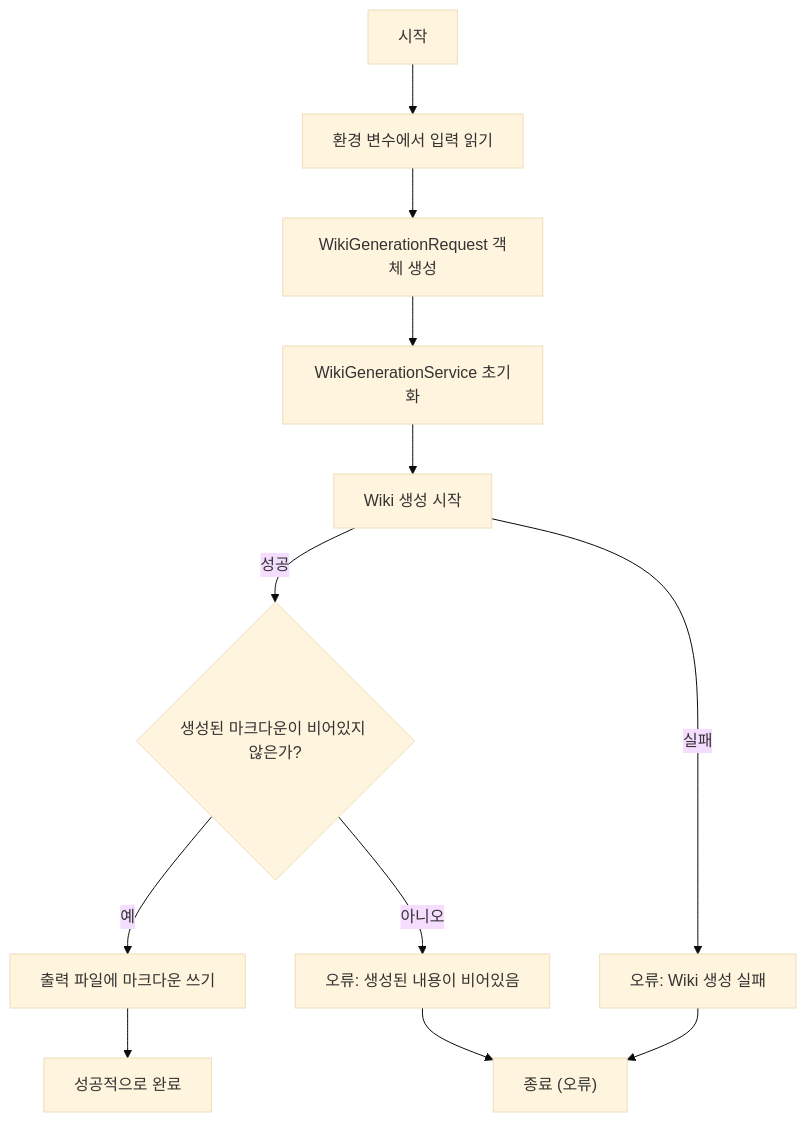
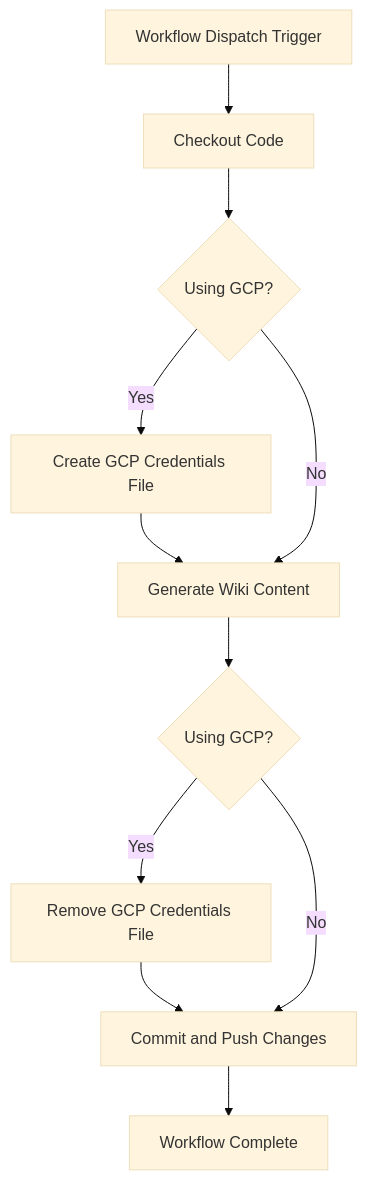
One commit to catuscio/wiki-as-readme changed the sixth of 19 diagrams in examples/wiki_as_README.md. Above: the diagram before and after it, drawn with Mermaid (base theme). The commit also changed other lines of this file, not shown here.

Commit message:
docs: ✨Update examples/wiki_as_README.md via Wiki-As-Readme Action

````diff
--- a/examples/wiki_as_README.md
+++ b/examples/wiki_as_README.md
@@ -559,14 +671,13 @@
 ```mermaid
 graph TD
-    A["시작"] --> B["환경 변수에서 입력 읽기"];
-    B --> C["WikiGenerationRequest 객체 생성"];
-    C --> D["WikiGenerationService 초기화"];
-    D --> E["Wiki 생성 시작"];
-    E -- "성공" --> F{"생성된 마크다운이 비어있지 않은가?"};
-    F -- "예" --> G["출력 파일에 마크다운 쓰기"];
-    G --> H["성공적으로 완료"];
-    F -- "아니오" --> I["오류: 생성된 내용이 비어있음"];
-    E -- "실패" --> J["오류: Wiki 생성 실패"];
-    I --> K["종료 (오류)"];
-    J --> K;
+    A["Workflow Dispatch Trigger"] --> B["Checkout Code"];
+    B --> C{"Using GCP?"};
+    C -- "Yes" --> D["Create GCP Credentials File"];
+    D --> E["Generate Wiki Content"];
+    C -- "No" --> E;
+    E --> F{"Using GCP?"};
+    F -- "Yes" --> G["Remove GCP Credentials File"];
+    G --> H["Commit and Push Changes"];
+    F -- "No" --> H;
+    H --> I["Workflow Complete"];
 ```
````
